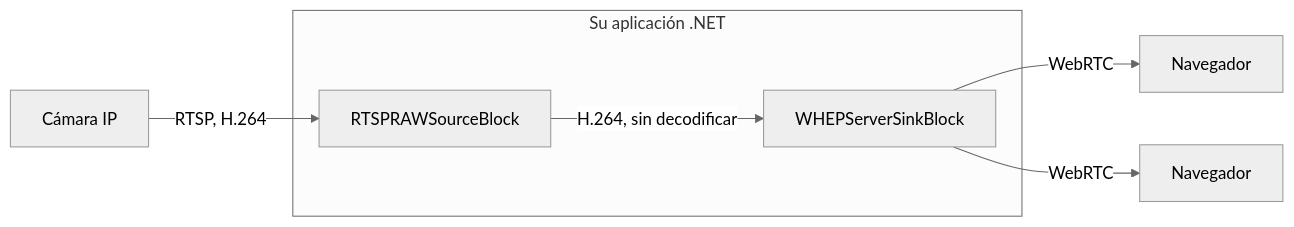
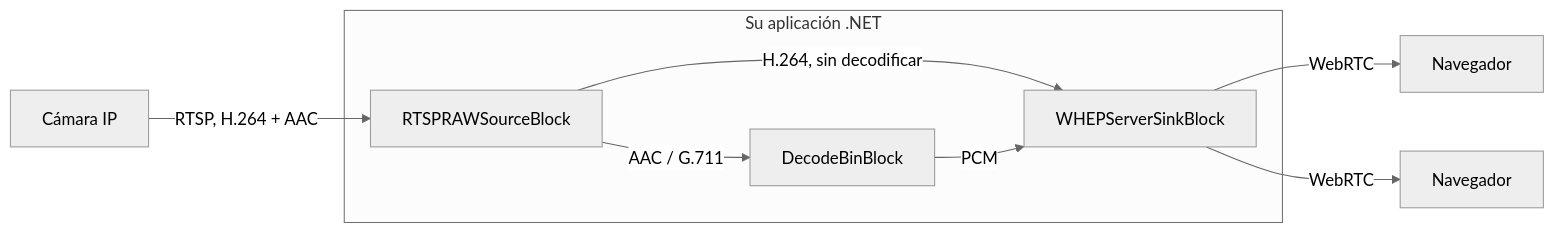
Before and after one commit to visioforge/help: the first of 3 diagrams in dotnet/mediablocks/Guides/rtsp-cameras-in-browser-whep.es.md, drawn with Mermaid (neutral theme). The commit also changed other lines of this file and 27 other files, not shown here.

````diff
--- a/dotnet/mediablocks/Guides/rtsp-cameras-in-browser-whep.es.md
+++ b/dotnet/mediablocks/Guides/rtsp-cameras-in-browser-whep.es.md
@@ -46,9 +47,11 @@
 ```mermaid
 graph LR;
-    cam["Cámara IP"] -- "RTSP, H.264" --> RTSPRAWSourceBlock;
+    cam["Cámara IP"] -- "RTSP, H.264 + AAC" --> RTSPRAWSourceBlock;
     subgraph app ["Su aplicación .NET"]
         RTSPRAWSourceBlock -- "H.264, sin decodificar" --> WHEPServerSinkBlock;
+        RTSPRAWSourceBlock -- "AAC / G.711" --> DecodeBinBlock;
+        DecodeBinBlock -- "PCM" --> WHEPServerSinkBlock;
     end
     WHEPServerSinkBlock -- WebRTC --> b1["Navegador"];
     WHEPServerSinkBlock -- WebRTC --> b2["Navegador"];
 ```
````
